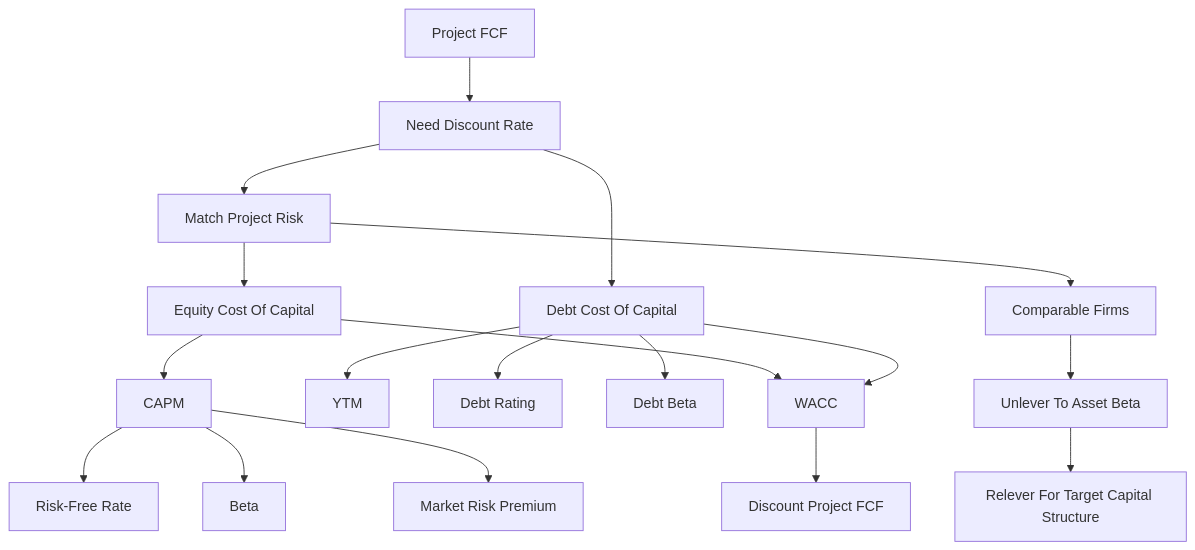
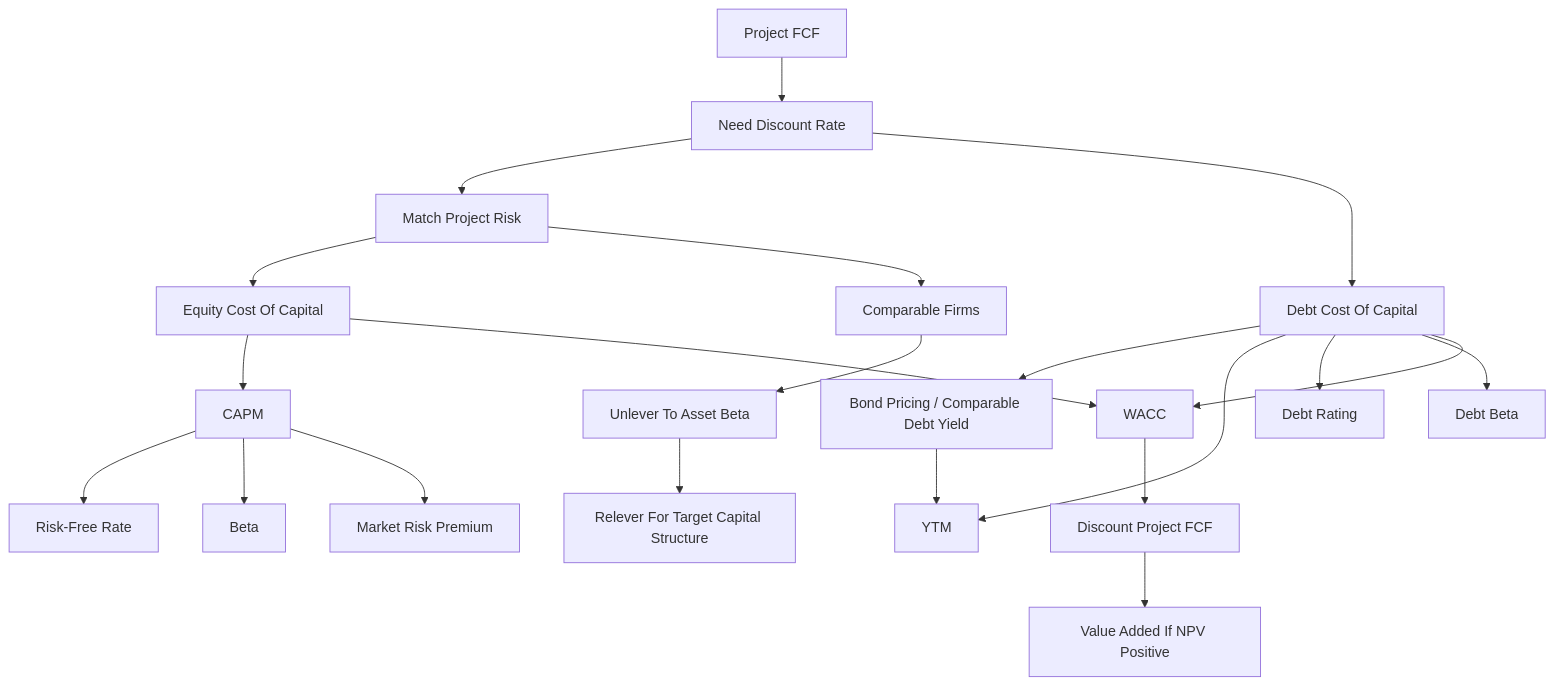
The diagram in finance-and-investment-management/wiki/session-07-08-cost-of-capital/session-07-08-cost-of-capital.md (aerkn1/TUM-semester-2), drawn with Mermaid before and after one commit. The commit also changed other lines of this file and 173 other files, not shown here.

````diff
--- a/finance-and-investment-management/wiki/session-07-08-cost-of-capital/session-07-08-cost-of-capital.md
+++ b/finance-and-investment-management/wiki/session-07-08-cost-of-capital/session-07-08-cost-of-capital.md
@@ -557,20 +634,23 @@
 ```mermaid
 flowchart TD
     FCF[Project FCF] --> RATE[Need Discount Rate]
     RATE --> RISK[Match Project Risk]
     RISK --> EQUITY[Equity Cost Of Capital]
     EQUITY --> CAPM[CAPM]
     CAPM --> RF[Risk-Free Rate]
     CAPM --> BETA[Beta]
     CAPM --> ERP[Market Risk Premium]
     RATE --> DEBT[Debt Cost Of Capital]
+    DEBT --> BONDVAL[Bond Pricing / Comparable Debt Yield]
     DEBT --> YTM[YTM]
     DEBT --> RATING[Debt Rating]
     DEBT --> DBETA[Debt Beta]
+    BONDVAL --> YTM
     RISK --> COMP[Comparable Firms]
     COMP --> UNLEV[Unlever To Asset Beta]
     UNLEV --> RELEV[Relever For Target Capital Structure]
     EQUITY --> WACC[WACC]
     DEBT --> WACC
     WACC --> NPV[Discount Project FCF]
+    NPV --> VALUE[Value Added If NPV Positive]
 ```
````
